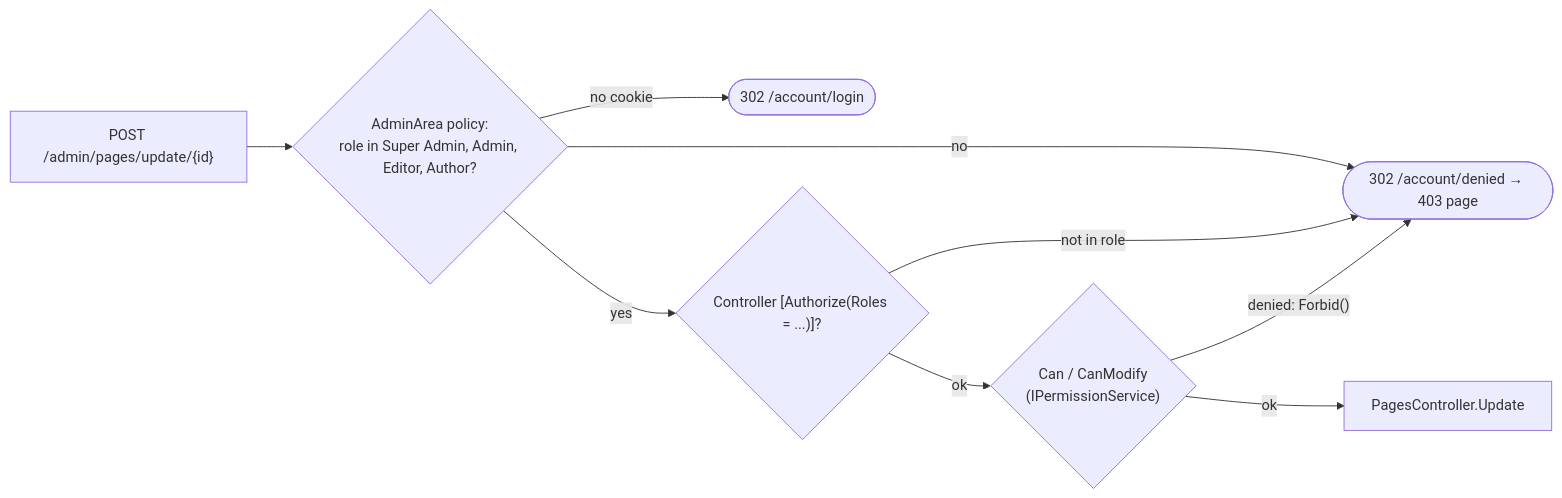
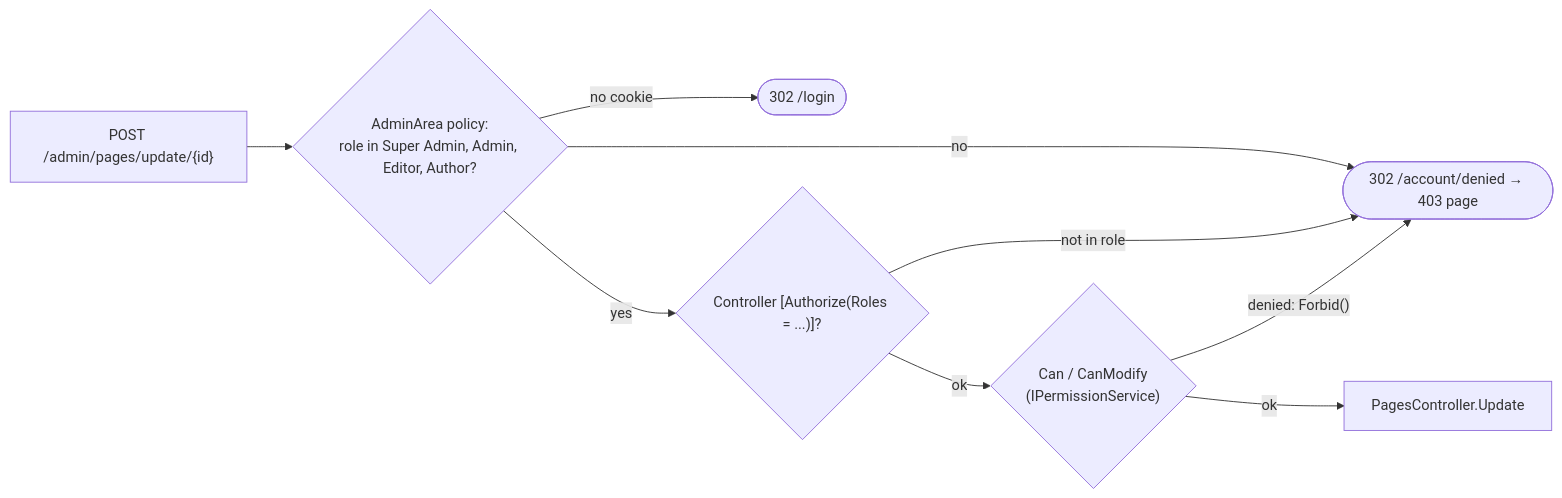
Before and after one commit to Albadit/DotNetForge: the sixth of 12 diagrams in .docs/architecture/data-flow.md, drawn with Mermaid. The commit also changed other lines of this file and 303 other files, not shown here.

````diff
--- a/.docs/architecture/data-flow.md
+++ b/.docs/architecture/data-flow.md
@@ -240,11 +237,11 @@
 ```mermaid
 flowchart LR
     Req["POST /admin/pages/update/{id}"] --> Policy{"AdminArea policy:<br/>role in Super Admin, Admin, Editor, Author?"}
-    Policy -- "no cookie" --> L([302 /account/login])
+    Policy -- "no cookie" --> L([302 /login])
     Policy -- "no" --> D([302 /account/denied → 403 page])
     Policy -- yes --> Roles{"Controller [Authorize(Roles = ...)]?"}
     Roles -- "not in role" --> D
     Roles -- ok --> Perm{"Can / CanModify<br/>(IPermissionService)"}
     Perm -- "denied: Forbid()" --> D
     Perm -- ok --> Action["PagesController.Update"]
 ```
````
